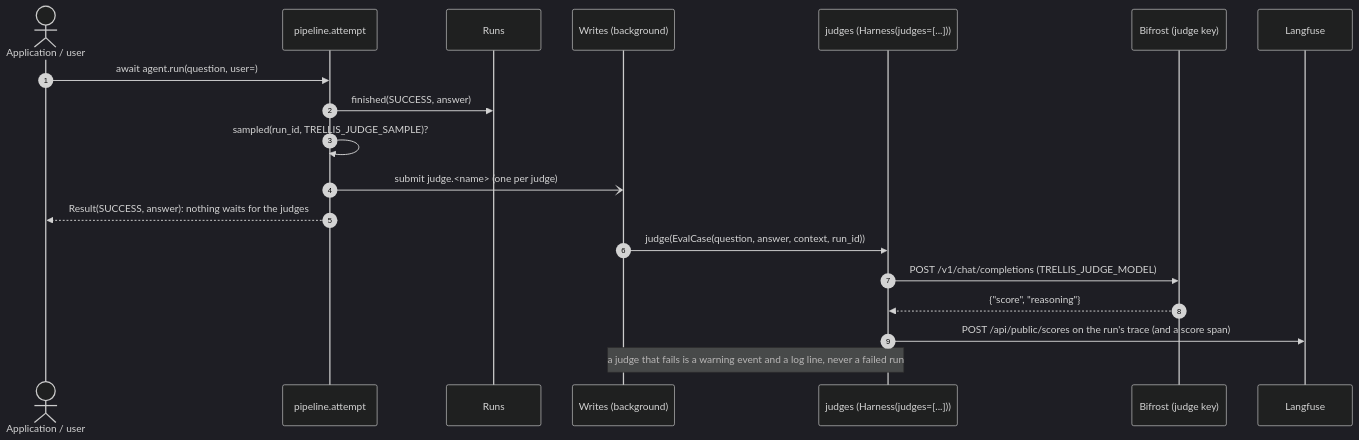
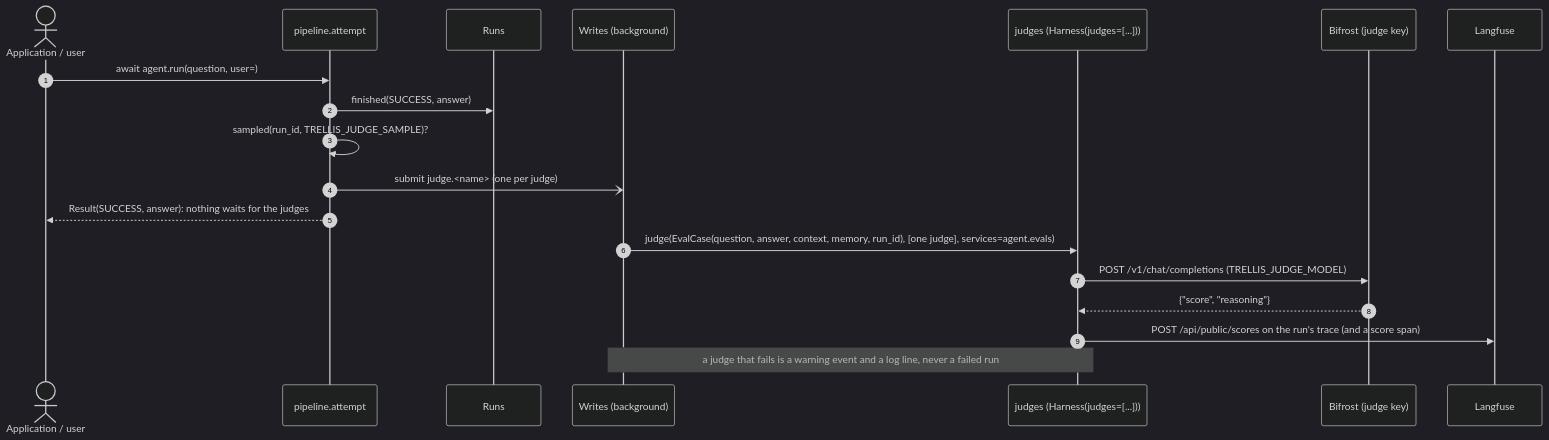
The eighth of 10 diagrams in ARCHITECTURE.md (amitmohapatra/agent-harness), drawn with Mermaid (dark theme) before and after one commit. The commit also changed other lines of this file and 27 other files, not shown here.

````diff
--- a/ARCHITECTURE.md
+++ b/ARCHITECTURE.md
@@ -448,22 +467,22 @@
 ```mermaid
 sequenceDiagram
   autonumber
   actor User as Application / user
   participant P as pipeline.attempt
   participant Runs as Runs
   participant W as Writes (background)
   participant J as judges (Harness(judges=[...]))
   participant GW as Bifrost (judge key)
   participant LF as Langfuse
 
   User->>P: await agent.run(question, user=)
   P->>Runs: finished(SUCCESS, answer)
   P->>P: sampled(run_id, TRELLIS_JUDGE_SAMPLE)?
   P-)W: submit judge.<name> (one per judge)
   P-->>User: Result(SUCCESS, answer): nothing waits for the judges
-  W->>J: judge(EvalCase(question, answer, context, run_id))
+  W->>J: judge(EvalCase(question, answer, context, memory, run_id), [one judge], services=agent.evals)
   J->>GW: POST /v1/chat/completions (TRELLIS_JUDGE_MODEL)
   GW-->>J: {"score", "reasoning"}
   J->>LF: POST /api/public/scores on the run's trace (and a score span)
   Note over W,J: a judge that fails is a warning event and a log line, never a failed run
 ```
````
